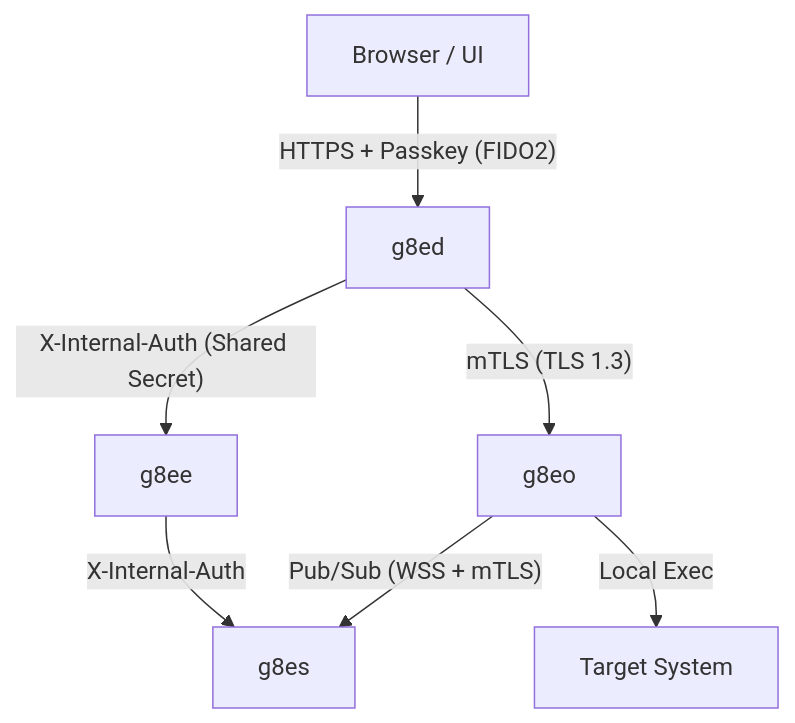
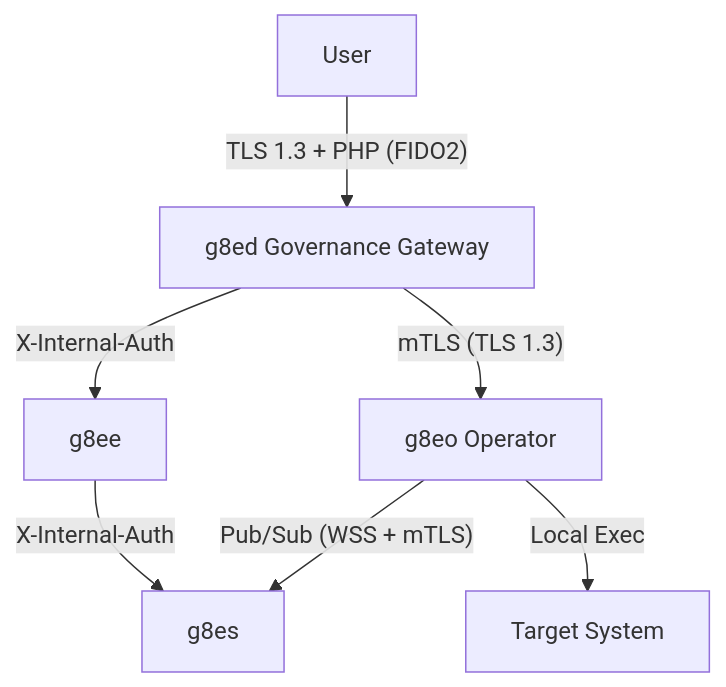
The diagram in docs/architecture/security.md (g8e-ai/g8e), drawn with Mermaid before and after one commit. The commit also changed other lines of this file and 40 other files, not shown here.

````diff
--- a/docs/architecture/security.md
+++ b/docs/architecture/security.md
@@ -32,9 +32,9 @@
 ```mermaid
 graph TD
-    Browser[Browser / UI] -- "HTTPS + Passkey (FIDO2)" --> g8ed
-    g8ed -- "X-Internal-Auth (Shared Secret)" --> g8ee
+    User[User] -- "TLS 1.3 + PHP (FIDO2)" --> g8ed
+    g8ed[g8ed Governance Gateway] -- "X-Internal-Auth" --> g8ee
     g8ed -- "mTLS (TLS 1.3)" --> g8eo
     g8ee -- "X-Internal-Auth" --> g8es
-    g8eo -- "Pub/Sub (WSS + mTLS)" --> g8es
+    g8eo[g8eo Operator] -- "Pub/Sub (WSS + mTLS)" --> g8es
     g8eo -- "Local Exec" --> Host[Target System]
 ```
````
